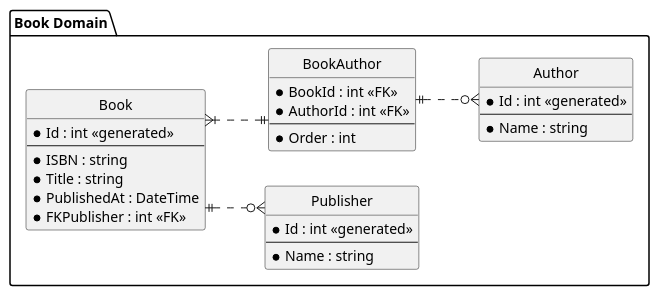
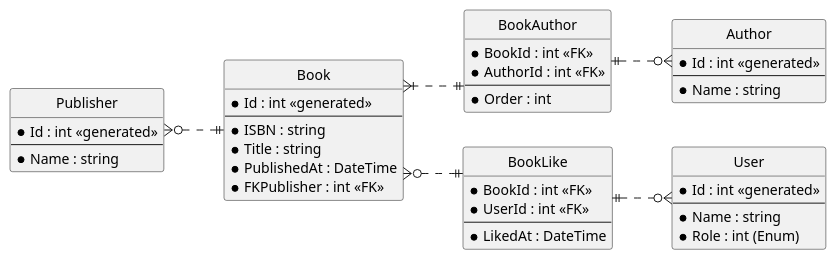
The diagram in Diagrams/ERModel.pu (nftug/BookApi), drawn with PlantUML before and after one commit. The commit also changed 1 other file, not shown here.

Commit message:
Revised diagrams

```diff
--- a/Diagrams/ERModel.pu
+++ b/Diagrams/ERModel.pu
@@ -1,42 +1,57 @@
 @startuml BookApi_ERModel
 
 hide method
 hide circle
 skinparam DefaultFontName Helvetica
 skinparam linetype ortho
 left to right direction
 
-package "Book Domain" {
-    entity Author {
-        * Id : int <<generated>>
-        --
-        * Name : string
-    }
+entity User {
+    * Id : int <<generated>>
+    --
+    * Name : string
+    * Role : int (Enum)
+}
 
-    entity Publisher {
-        * Id : int <<generated>>
-        --
-        * Name : string
-    }
+entity Author {
+    * Id : int <<generated>>
+    --
+    * Name : string
+}
 
-    entity Book {
-        * Id : int <<generated>>
-        --
-        * ISBN : string
-        * Title : string
-        * PublishedAt : DateTime
-        * FKPublisher : int <<FK>>
-    }
+entity Publisher {
+    * Id : int <<generated>>
+    --
+    * Name : string
+}
 
-    entity BookAuthor {
-        * BookId : int <<FK>>
-        * AuthorId : int <<FK>>
-        --
-        * Order : int
-    }
+entity Book {
+    * Id : int <<generated>>
+    --
+    * ISBN : string
+    * Title : string
+    * PublishedAt : DateTime
+    * FKPublisher : int <<FK>>
+}
 
-    Book ||..o{ Publisher
-    Book }|..|| BookAuthor
-    BookAuthor ||..o{ Author
+entity BookAuthor {
+    * BookId : int <<FK>>
+    * AuthorId : int <<FK>>
+    --
+    * Order : int
 }
+
+entity BookLike {
+    * BookId : int <<FK>>
+    * UserId : int <<FK>>
+    --
+    * LikedAt : DateTime
+}
+
+Book ||.up.o{ Publisher
+Book }|..|| BookAuthor
+BookAuthor ||..o{ Author
+
+Book }o..|| BookLike
+BookLike ||..o{ User
 @enduml
```
